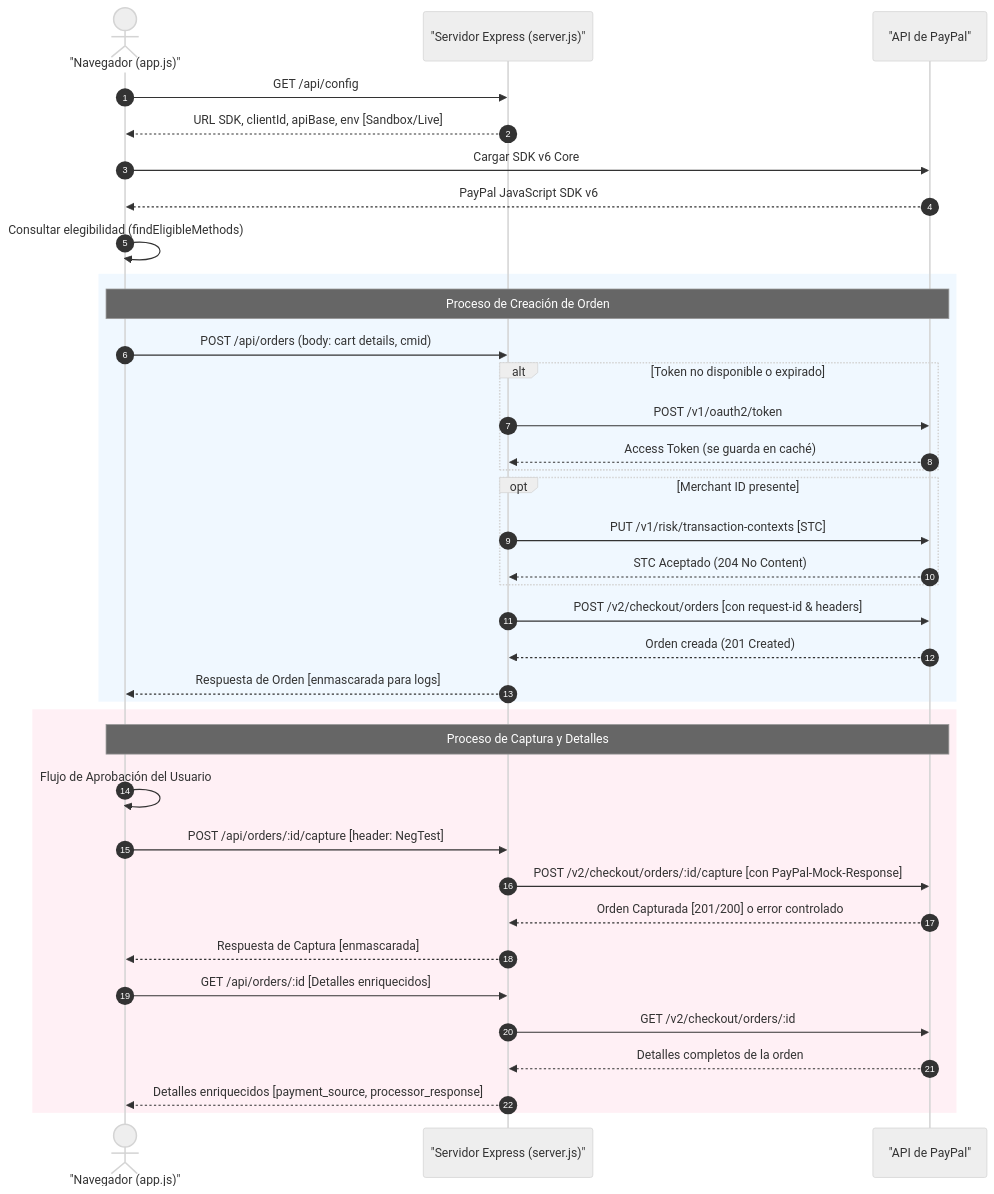
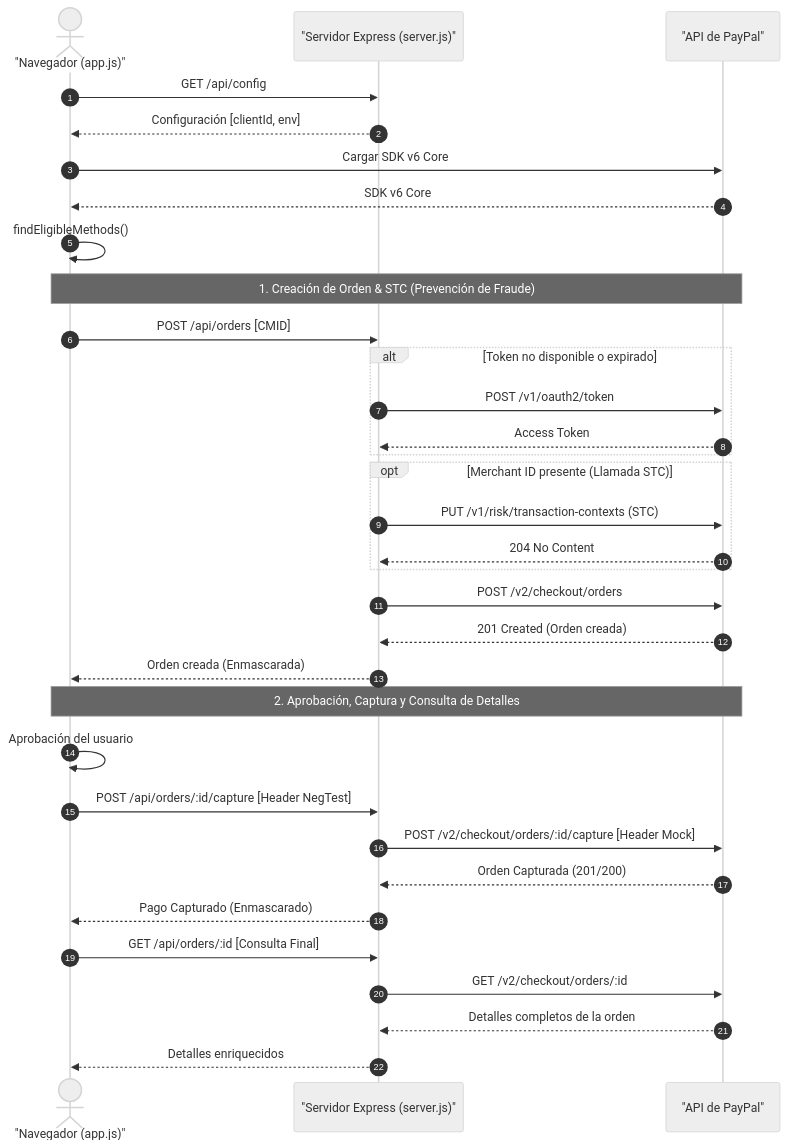
The diagram in README.md (miguelbarrientos/JSV6_CHECKOUT_BCDC), drawn with Mermaid (neutral theme) before and after one commit. The commit also changed other lines of this file, not shown here.

Commit message:
docs: mejorar README.md con diseno premium, diagramas Mermaid auto-ajustables y detalles de STC

````diff
--- a/README.md
+++ b/README.md
@@ -18,45 +17,41 @@
 ```mermaid
 sequenceDiagram
     autonumber
     actor Cliente as "Navegador (app.js)"
     participant BFF as "Servidor Express (server.js)"
     participant PP as "API de PayPal"
 
     %% Configuración e Inicialización
     Cliente->>BFF: GET /api/config
-    BFF-->>Cliente: URL SDK, clientId, apiBase, env [Sandbox/Live]
+    BFF-->>Cliente: Configuración [clientId, env]
     Cliente->>PP: Cargar SDK v6 Core
-    PP-->>Cliente: PayPal JavaScript SDK v6
-    Cliente->>Cliente: Consultar elegibilidad (findEligibleMethods)
+    PP-->>Cliente: SDK v6 Core
+    Cliente->>Cliente: findEligibleMethods()
 
     %% Creación de Orden
-    rect rgb(240, 248, 255)
-        Note over Cliente, PP: Proceso de Creación de Orden
-        Cliente->>BFF: POST /api/orders (body: cart details, cmid)
-        alt Token no disponible o expirado
-            BFF->>PP: POST /v1/oauth2/token
-            PP-->>BFF: Access Token (se guarda en caché)
-        end
-        opt Merchant ID presente
-            BFF->>PP: PUT /v1/risk/transaction-contexts [STC]
-            PP-->>BFF: STC Aceptado (204 No Content)
-        end
-        BFF->>PP: POST /v2/checkout/orders [con request-id & headers]
-        PP-->>BFF: Orden creada (201 Created)
-        BFF-->>Cliente: Respuesta de Orden [enmascarada para logs]
+    Note over Cliente, PP: 1. Creación de Orden & STC (Prevención de Fraude)
+    Cliente->>BFF: POST /api/orders [CMID]
+    alt Token no disponible o expirado
+        BFF->>PP: POST /v1/oauth2/token
+        PP-->>BFF: Access Token
     end
+    opt Merchant ID presente (Llamada STC)
+        BFF->>PP: PUT /v1/risk/transaction-contexts (STC)
+        PP-->>BFF: 204 No Content
+    end
+    BFF->>PP: POST /v2/checkout/orders
+    PP-->>BFF: 201 Created (Orden creada)
+    BFF-->>Cliente: Orden creada (Enmascarada)
 
     %% Aprobación y Captura
-    rect rgb(255, 240, 245)
-        Note over Cliente, PP: Proceso de Captura y Detalles
-        Cliente->>Cliente: Flujo de Aprobación del Usuario
-        Cliente->>BFF: POST /api/orders/:id/capture [header: NegTest]
-        BFF->>PP: POST /v2/checkout/orders/:id/capture [con PayPal-Mock-Response]
-        PP-->>BFF: Orden Capturada [201/200] o error controlado
-        BFF-->>Cliente: Respuesta de Captura [enmascarada]
-        Cliente->>BFF: GET /api/orders/:id [Detalles enriquecidos]
-        BFF->>PP: GET /v2/checkout/orders/:id
-        PP-->>BFF: Detalles completos de la orden
-        BFF-->>Cliente: Detalles enriquecidos [payment_source, processor_response]
-    end
+    Note over Cliente, PP: 2. Aprobación, Captura y Consulta de Detalles
+    Cliente->>Cliente: Aprobación del usuario
+    Cliente->>BFF: POST /api/orders/:id/capture [Header NegTest]
+    BFF->>PP: POST /v2/checkout/orders/:id/capture [Header Mock]
+    PP-->>BFF: Orden Capturada (201/200)
+    BFF-->>Cliente: Pago Capturado (Enmascarado)
+    Cliente->>BFF: GET /api/orders/:id [Consulta Final]
+    BFF->>PP: GET /v2/checkout/orders/:id
+    PP-->>BFF: Detalles completos de la orden
+    BFF-->>Cliente: Detalles enriquecidos
 ```
````
